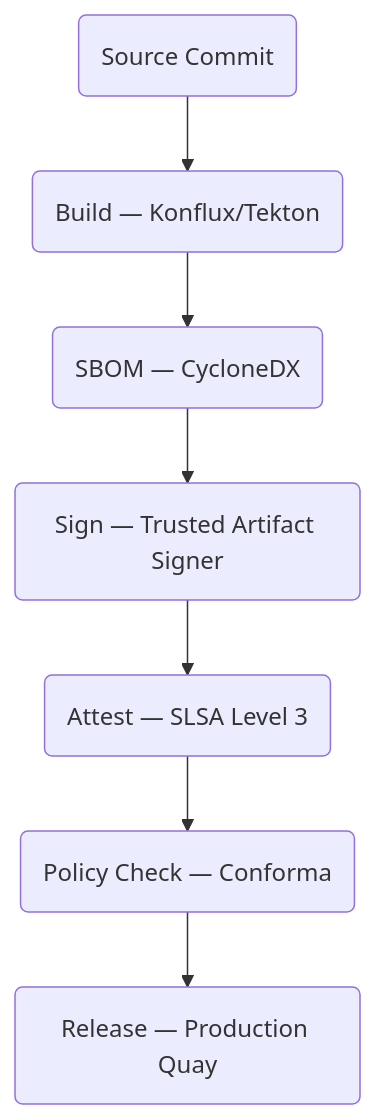
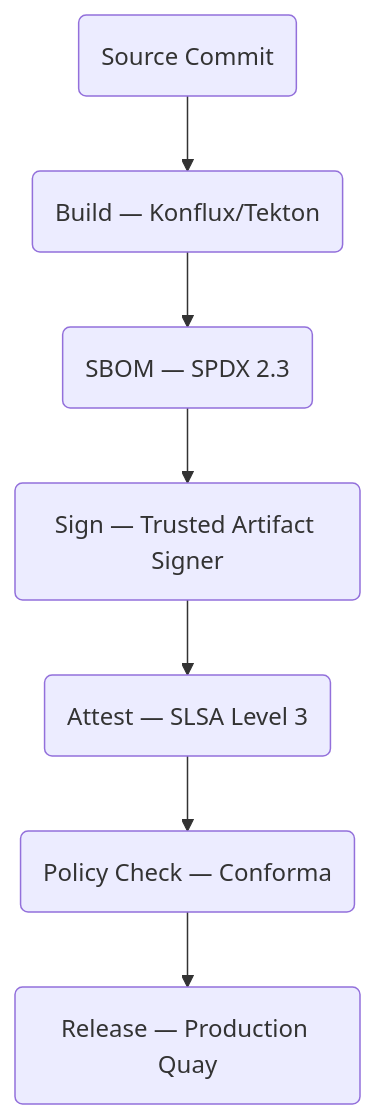
Before and after one commit to rhpds/konflux-tssc-lab: the diagram in content/modules/ROOT/pages/module-01-orientation.adoc, drawn with Mermaid. The commit also changed other lines of this file, not shown here.

First line of the commit message:
fix: install cosign in Module 01 orientation; fix CycloneDX → SPDX

```diff
--- a/content/modules/ROOT/pages/module-01-orientation.adoc
+++ b/content/modules/ROOT/pages/module-01-orientation.adoc
@@ -40,10 +40,10 @@
 [mermaid]
 ....
 flowchart TD
     A("Source Commit") --> B("Build — Konflux/Tekton")
-    B --> C("SBOM — CycloneDX")
+    B --> C("SBOM — SPDX 2.3")
     C --> D("Sign — Trusted Artifact Signer")
     D --> E("Attest — SLSA Level 3")
     E --> F("Policy Check — Conforma")
     F --> G("Release — Production Quay")
 ....
```
